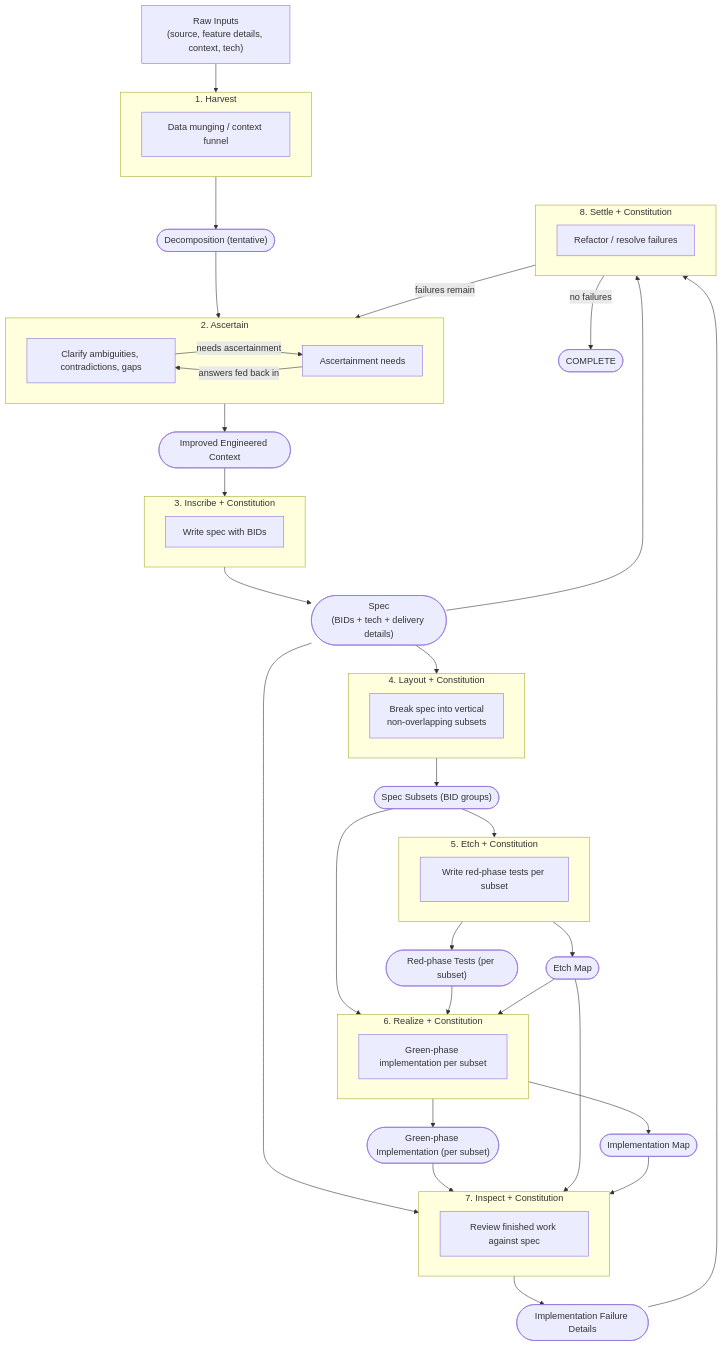
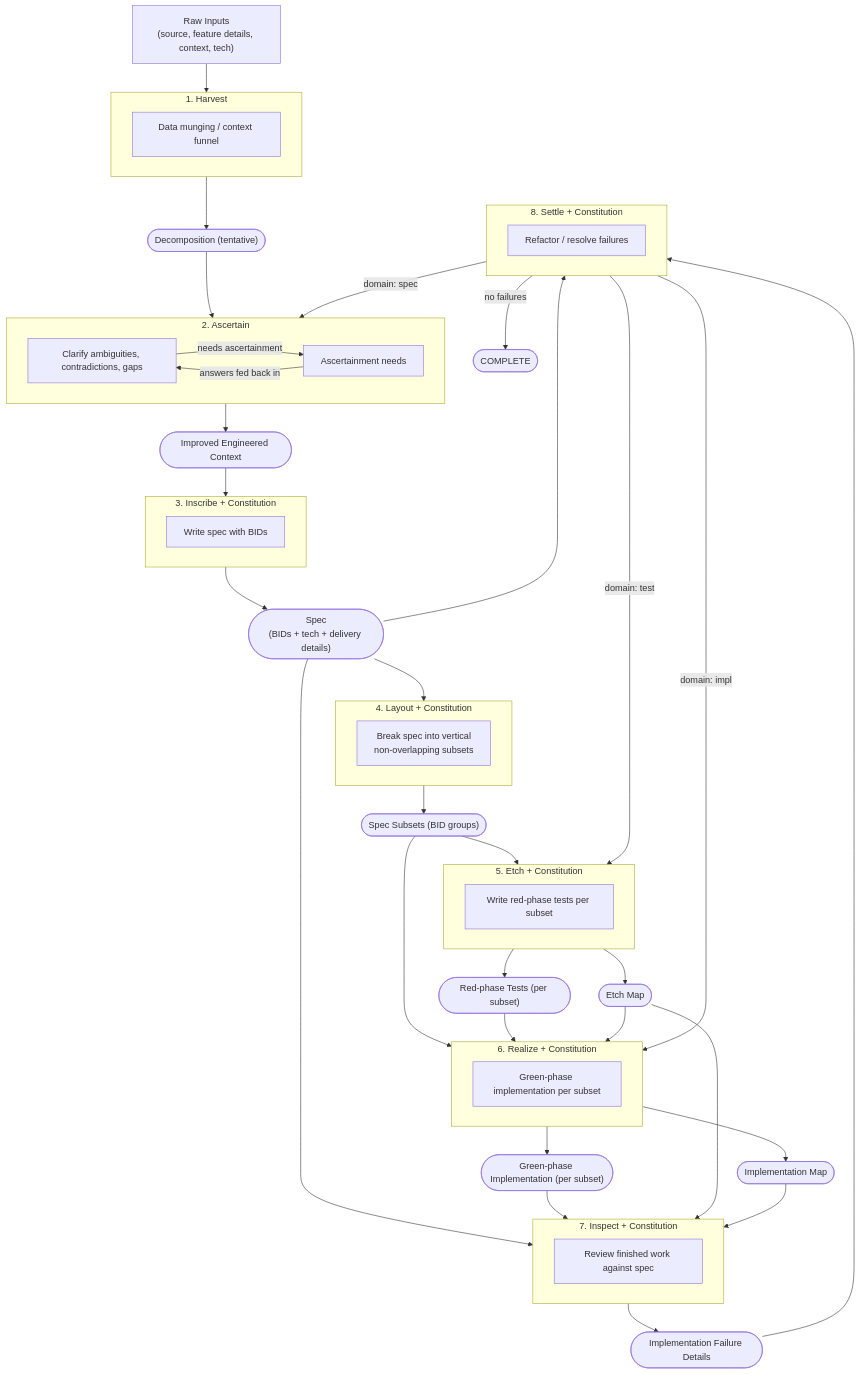
Before and after one commit to v0idbit/haileris: the third of 4 diagrams in docs/diagrams/diagrams.md, drawn with Mermaid. The commit also changed other lines of this file and 6 other files, not shown here.

````diff
--- a/docs/diagrams/diagrams.md
+++ b/docs/diagrams/diagrams.md
@@ -113,72 +116,74 @@
 ```mermaid
 flowchart TD
     RAW["Raw Inputs<br>(source, feature details, context, tech)"]
 
     RAW --> H
 
     subgraph H["1. Harvest"]
         H_P["Data munging / context funnel"]
     end
 
     H --> DEC(["Decomposition (tentative)"])
     DEC --> A
 
     subgraph A["2. Ascertain"]
         A_P["Clarify ambiguities, contradictions, gaps"]
         A_P -->|needs ascertainment| A_OUT_Q["Ascertainment needs"]
         A_OUT_Q -->|answers fed back in| A_P
     end
 
     A --> IEC(["Improved Engineered Context"])
     IEC --> I
 
     subgraph I["3. Inscribe + Constitution"]
         I_P["Write spec with BIDs"]
     end
 
     I --> SP(["Spec<br>(BIDs + tech + delivery details)"])
     SP --> L
 
     subgraph L["4. Layout + Constitution"]
         L_P["Break spec into vertical<br>non-overlapping subsets"]
     end
 
     L --> SS(["Spec Subsets (BID groups)"])
     SS --> E
 
     subgraph E["5. Etch + Constitution"]
         E_P["Write red-phase tests per subset"]
     end
 
     E --> RT(["Red-phase Tests (per subset)"])
     E --> ETM2(["Etch Map"])
     SS --> R
     RT --> R
     ETM2 --> R
 
     subgraph R["6. Realize + Constitution"]
         R_P["Green-phase implementation per subset"]
     end
 
     R --> GI(["Green-phase Implementation (per subset)"])
     R --> IM2(["Implementation Map"])
     SP --> IN
     GI --> IN
     ETM2 --> IN
     IM2 --> IN
 
     subgraph IN["7. Inspect + Constitution"]
         IN_P["Review finished work against spec"]
     end
 
     IN --> IF(["Implementation Failure Details"])
     SP --> S
     IF --> S
 
     subgraph S["8. Settle + Constitution"]
         S_P["Refactor / resolve failures"]
     end
 
-    S -->|failures remain| A
+    S -->|"domain: spec"| A
+    S -->|"domain: test"| E
+    S -->|"domain: impl"| R
     S -->|no failures| DONE(["COMPLETE"])
 ```
````
